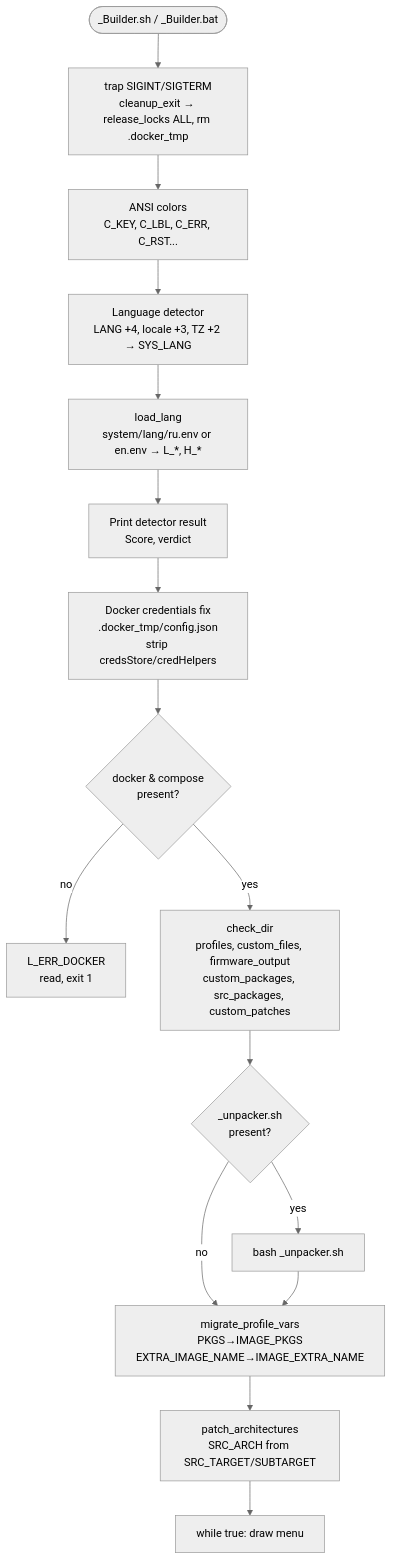
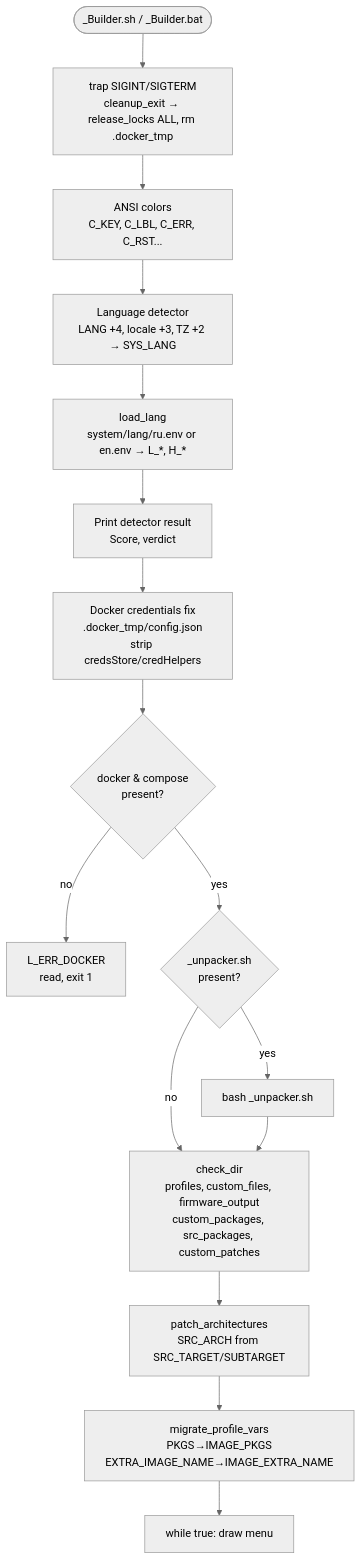
The first of 10 diagrams in docs/ARCHITECTURE_diagram.md (iqubik/routerFW), drawn with Mermaid (neutral theme) before and after one commit. The commit also changed other lines of this file and 3 other files, not shown here.

Commit message:
diagram fix

````diff
--- a/docs/ARCHITECTURE_diagram.md
+++ b/docs/ARCHITECTURE_diagram.md
@@ -13,18 +15,18 @@
 ```mermaid
 flowchart TD
     START([_Builder.sh / _Builder.bat]) --> TRAP[trap SIGINT/SIGTERM\ncleanup_exit → release_locks ALL, rm .docker_tmp]
     TRAP --> COLORS[ANSI colors\nC_KEY, C_LBL, C_ERR, C_RST...]
     COLORS --> LANG_DET[Language detector\nLANG +4, locale +3, TZ +2 → SYS_LANG]
     LANG_DET --> LOAD_LANG[load_lang\nsystem/lang/ru.env or en.env → L_*, H_*]
     LOAD_LANG --> LANG_OUT[Print detector result\nScore, verdict]
     LANG_OUT --> DOCKER_CFG[Docker credentials fix\n.docker_tmp/config.json\nstrip credsStore/credHelpers]
     DOCKER_CFG --> DOCKER_CHK{docker & compose\npresent?}
     DOCKER_CHK --> |no| EXIT_DOCKER[L_ERR_DOCKER\nread, exit 1]
-    DOCKER_CHK --> |yes| INIT_DIRS[check_dir\nprofiles, custom_files, firmware_output\ncustom_packages, src_packages, custom_patches]
-    INIT_DIRS --> UNPACK{_unpacker.sh\npresent?}
+    DOCKER_CHK --> |yes| UNPACK{_unpacker.sh\npresent?}
     UNPACK --> |yes| RUN_UNPACK[bash _unpacker.sh]
-    UNPACK --> |no| MIGRATE
-    RUN_UNPACK --> MIGRATE[migrate_profile_vars\nPKGS→IMAGE_PKGS\nEXTRA_IMAGE_NAME→IMAGE_EXTRA_NAME]
-    MIGRATE --> PATCH_ARCH[patch_architectures\nSRC_ARCH from SRC_TARGET/SUBTARGET]
-    PATCH_ARCH --> MENU_LOOP[while true: draw menu]
+    UNPACK --> |no| INIT_DIRS
+    RUN_UNPACK --> INIT_DIRS[check_dir\nprofiles, custom_files, firmware_output\ncustom_packages, src_packages, custom_patches]
+    INIT_DIRS --> PATCH_ARCH[patch_architectures\nSRC_ARCH from SRC_TARGET/SUBTARGET]
+    PATCH_ARCH --> MIGRATE[migrate_profile_vars\nPKGS→IMAGE_PKGS\nEXTRA_IMAGE_NAME→IMAGE_EXTRA_NAME]
+    MIGRATE --> MENU_LOOP[while true: draw menu]
 ```
````
